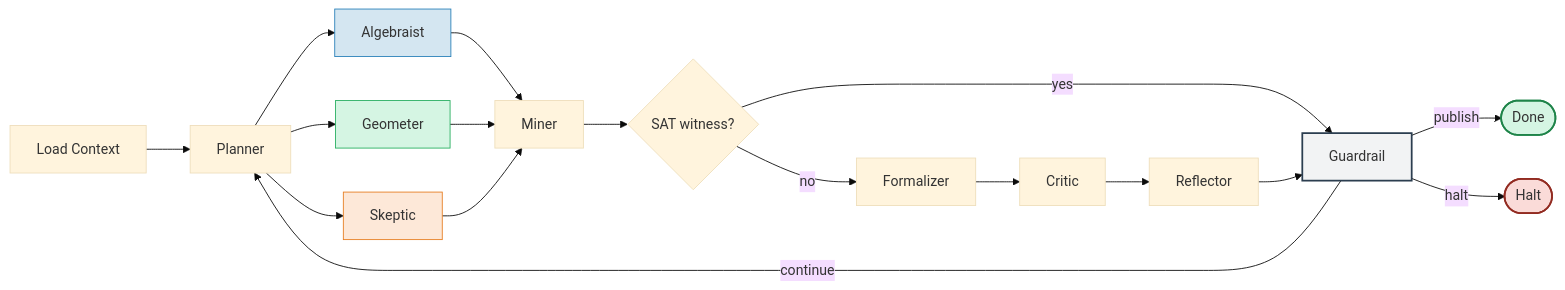
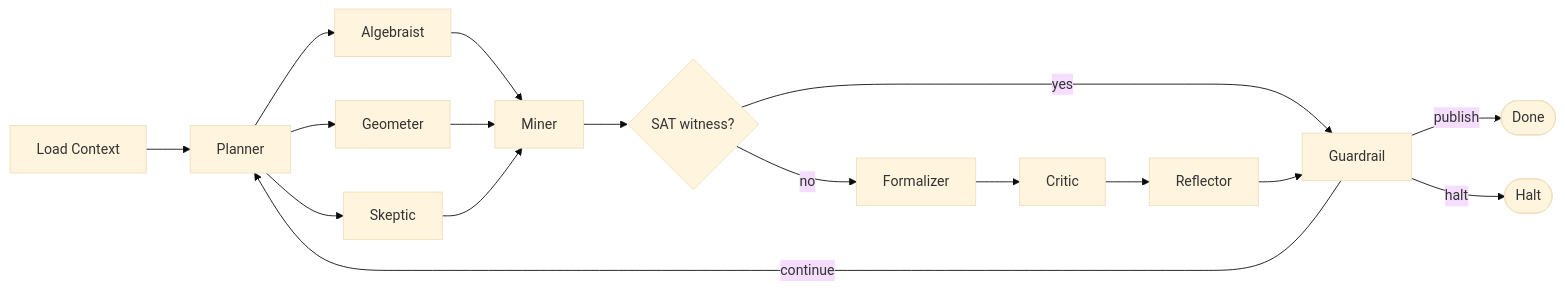
Before and after one commit to astrogirlnim/SATurday: the first of 2 diagrams in .cursor/skills/run-oracle/SKILL.md, drawn with Mermaid (base theme). The commit also changed other lines of this file, not shown here.

````diff
--- a/.cursor/skills/run-oracle/SKILL.md
+++ b/.cursor/skills/run-oracle/SKILL.md
@@ -15,26 +19,19 @@
 ```mermaid
 flowchart LR
     S0[Load Context] --> S1[Planner]
     S1 --> S2[Algebraist]
     S1 --> S3[Geometer]
     S1 --> S4[Skeptic]
     S2 --> S5[Miner]
     S3 --> S5
     S4 --> S5
     S5 --> S6{SAT witness?}
     S6 -- no --> S7[Formalizer]
     S6 -- yes --> S8[Guardrail]
     S7 --> S9[Critic]
     S9 --> S10[Reflector]
-    S10 --> S8[Guardrail]
+    S10 --> S8
     S8 -- continue --> S1
     S8 -- publish --> DONE([Done])
     S8 -- halt --> HALT([Halt])
-
-    style S2 fill:#d4e6f1,stroke:#2980b9
-    style S3 fill:#d5f5e3,stroke:#27ae60
-    style S4 fill:#fde8d8,stroke:#e67e22
-    style S8 fill:#f2f3f4,stroke:#2c3e50,stroke-width:2px
-    style DONE fill:#d5f5e3,stroke:#1e8449,stroke-width:2px
-    style HALT fill:#fadbd8,stroke:#922b21,stroke-width:2px
 ```
````
